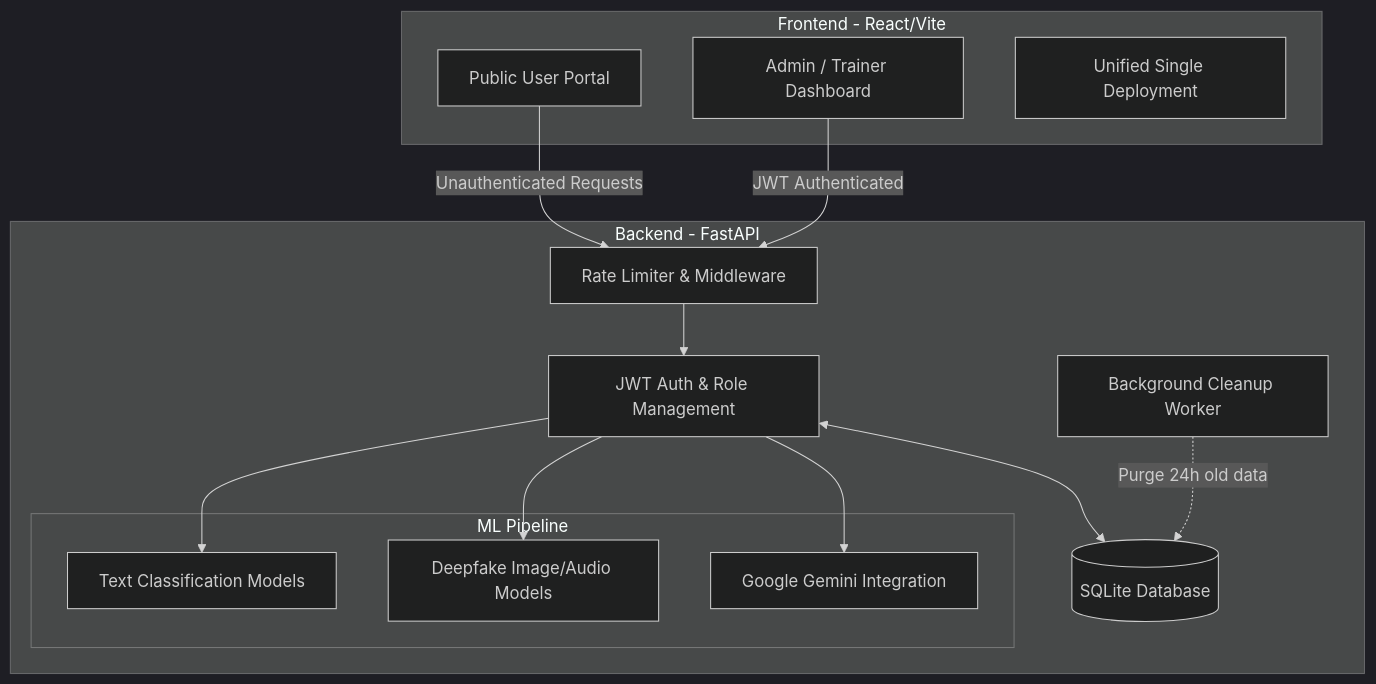
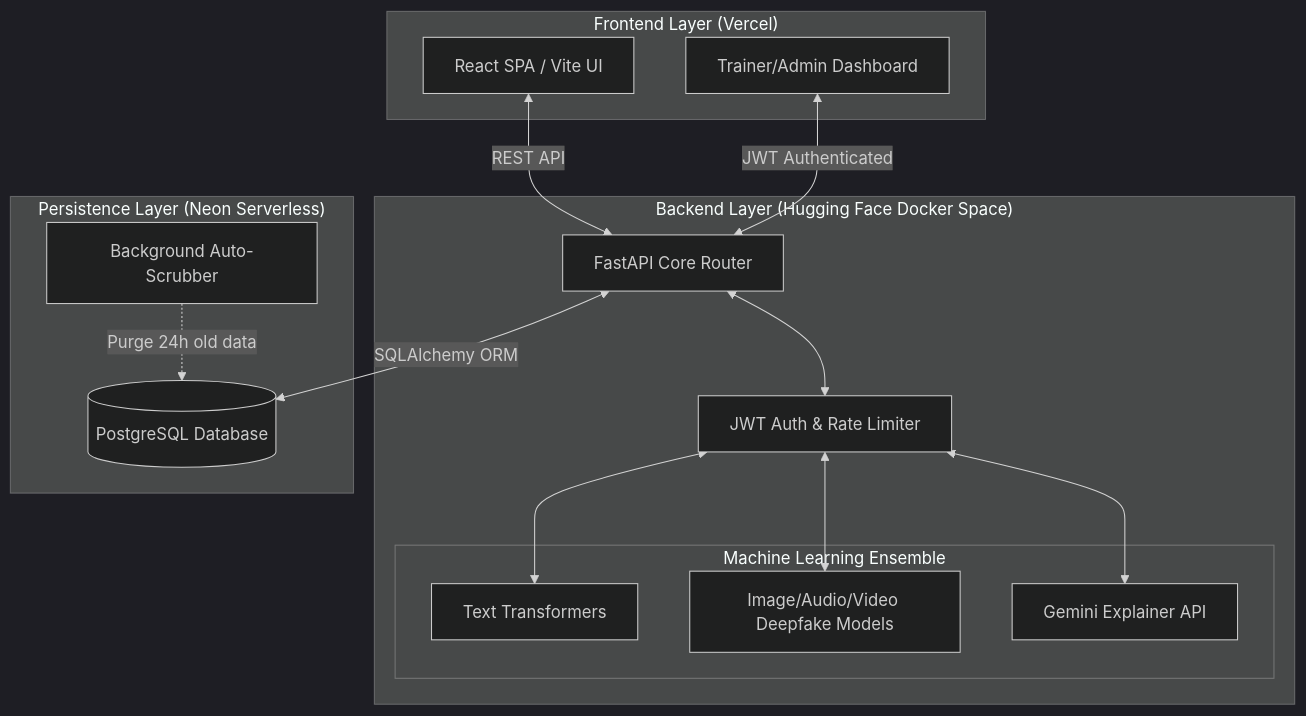
The diagram in README.md (AnustupMaity/Legit.Ai), drawn with Mermaid (dark theme) before and after one commit. The commit also changed other lines of this file and 7 other files, not shown here.

````diff
--- a/README.md
+++ b/README.md
@@ -32,33 +38,34 @@
 ```mermaid
 graph TD
-    subgraph Frontend - React/Vite
-        A[Public User Portal]
-        B[Admin / Trainer Dashboard]
-        note1[Unified Single Deployment]
+    subgraph "Frontend Layer (Vercel)"
+        A[React SPA / Vite UI]
+        B[Trainer/Admin Dashboard]
     end
 
-    subgraph Backend - FastAPI
-        C[Rate Limiter & Middleware]
-        D[JWT Auth & Role Management]
-        E[Background Cleanup Worker]
+    subgraph "Backend Layer (Hugging Face Docker Space)"
+        C[FastAPI Core Router]
+        D[JWT Auth & Rate Limiter]
         
-        subgraph ML Pipeline
-            F[Text Classification Models]
-            G[Deepfake Image/Audio Models]
-            H[Google Gemini Integration]
+        subgraph "Machine Learning Ensemble"
+            F[Text Transformers]
+            G[Image/Audio/Video Deepfake Models]
+            H[Gemini Explainer API]
         end
-        
-        I[(SQLite Database)]
     end
 
-    A -->|Unauthenticated Requests| C
-    B -->|JWT Authenticated| C
+    subgraph "Persistence Layer (Neon Serverless)"
+        I[(PostgreSQL Database)]
+        E[Background Auto-Scrubber]
+    end
+
+    A <-->|REST API| C
+    B <-->|JWT Authenticated| C
     
-    C --> D
-    D --> F
-    D --> G
-    D --> H
+    C <--> D
+    D <--> F
+    D <--> G
+    D <--> H
     
-    D <--> I
+    C <-->|SQLAlchemy ORM| I
     E -.->|Purge 24h old data| I
 ```
````
